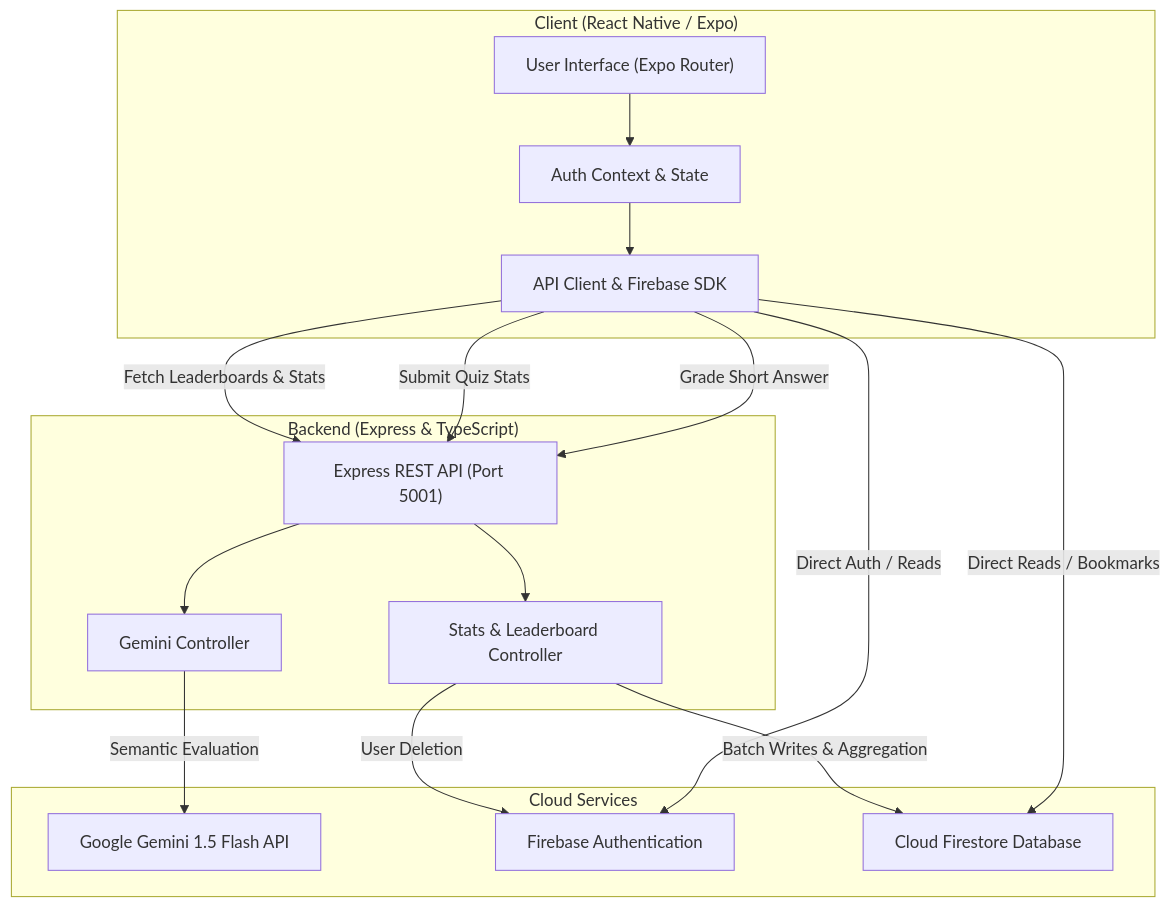
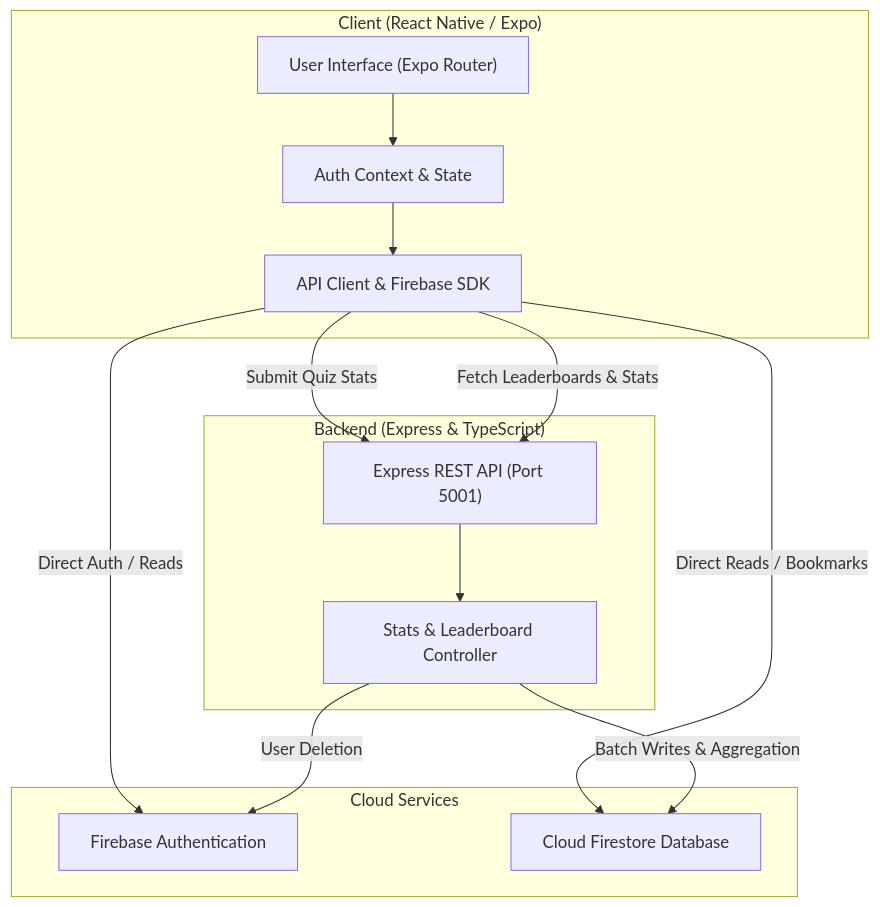
One commit to code-with-nazmul/QuizMaster changed the diagram in README.md. Above: the diagram before and after it, drawn with Mermaid. The commit also changed other lines of this file, not shown here.

````diff
--- a/README.md
+++ b/README.md
@@ -95,34 +87,29 @@
 ```mermaid
 flowchart TD
     subgraph Client ["Client (React Native / Expo)"]
         UI["User Interface (Expo Router)"]
         AuthCtx["Auth Context & State"]
         ClientService["API Client & Firebase SDK"]
     end
 
     subgraph Backend ["Backend (Express & TypeScript)"]
         Server["Express REST API (Port 5001)"]
-        GeminiCtrl["Gemini Controller"]
         StatsCtrl["Stats & Leaderboard Controller"]
     end
 
     subgraph External ["Cloud Services"]
-        GeminiAI["Google Gemini 1.5 Flash API"]
         FirebaseAuth["Firebase Authentication"]
         Firestore["Cloud Firestore Database"]
     end
 
     UI --> AuthCtx
     AuthCtx --> ClientService
     ClientService -->|Direct Auth / Reads| FirebaseAuth
     ClientService -->|Direct Reads / Bookmarks| Firestore
-    ClientService -->|Grade Short Answer| Server
     ClientService -->|Submit Quiz Stats| Server
     ClientService -->|Fetch Leaderboards & Stats| Server
 
-    Server --> GeminiCtrl
     Server --> StatsCtrl
-    GeminiCtrl -->|Semantic Evaluation| GeminiAI
     StatsCtrl -->|Batch Writes & Aggregation| Firestore
     StatsCtrl -->|User Deletion| FirebaseAuth
 ```
````
